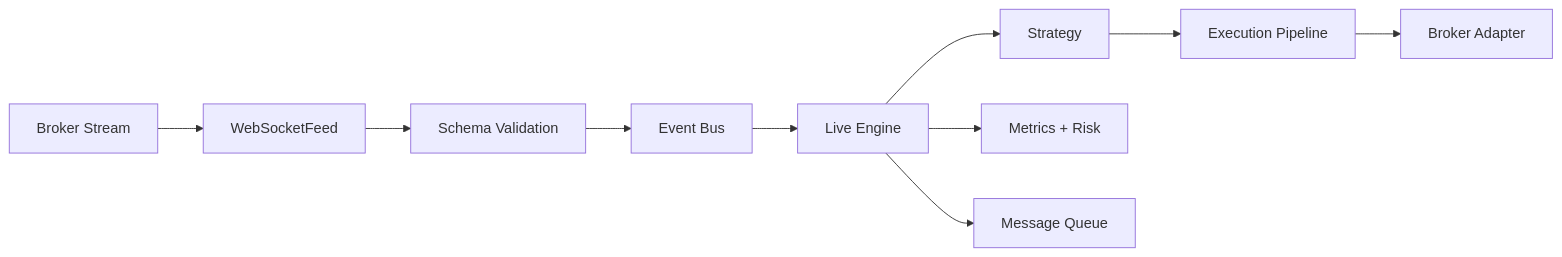
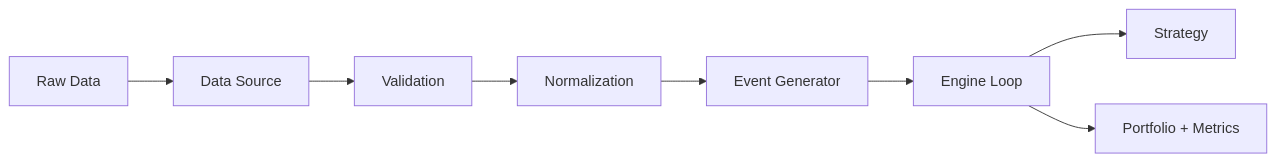
One commit to gregorian-09/regime-flow changed the diagram in docs/explanation/data-flow.md. Above: the diagram before and after it, drawn with Mermaid. The commit also changed other lines of this file and 58 other files, not shown here.

````diff
--- a/docs/explanation/data-flow.md
+++ b/docs/explanation/data-flow.md
@@ -28,12 +7,10 @@
 ```mermaid
 flowchart LR
-  A[Broker Stream] --> B[WebSocketFeed]
-  B --> C[Schema Validation]
-  C --> D[Event Bus]
-  D --> E[Live Engine]
-  E --> F[Strategy]
-  F --> G[Execution Pipeline]
-  G --> H[Broker Adapter]
-  E --> I[Metrics + Risk]
-  E --> J[Message Queue]
+  A[Raw Data] --> B[Data Source]
+  B --> C[Validation]
+  C --> D[Normalization]
+  D --> E[Event Generator]
+  E --> F[Engine Loop]
+  F --> G[Strategy]
+  F --> H[Portfolio + Metrics]
 ```
````
